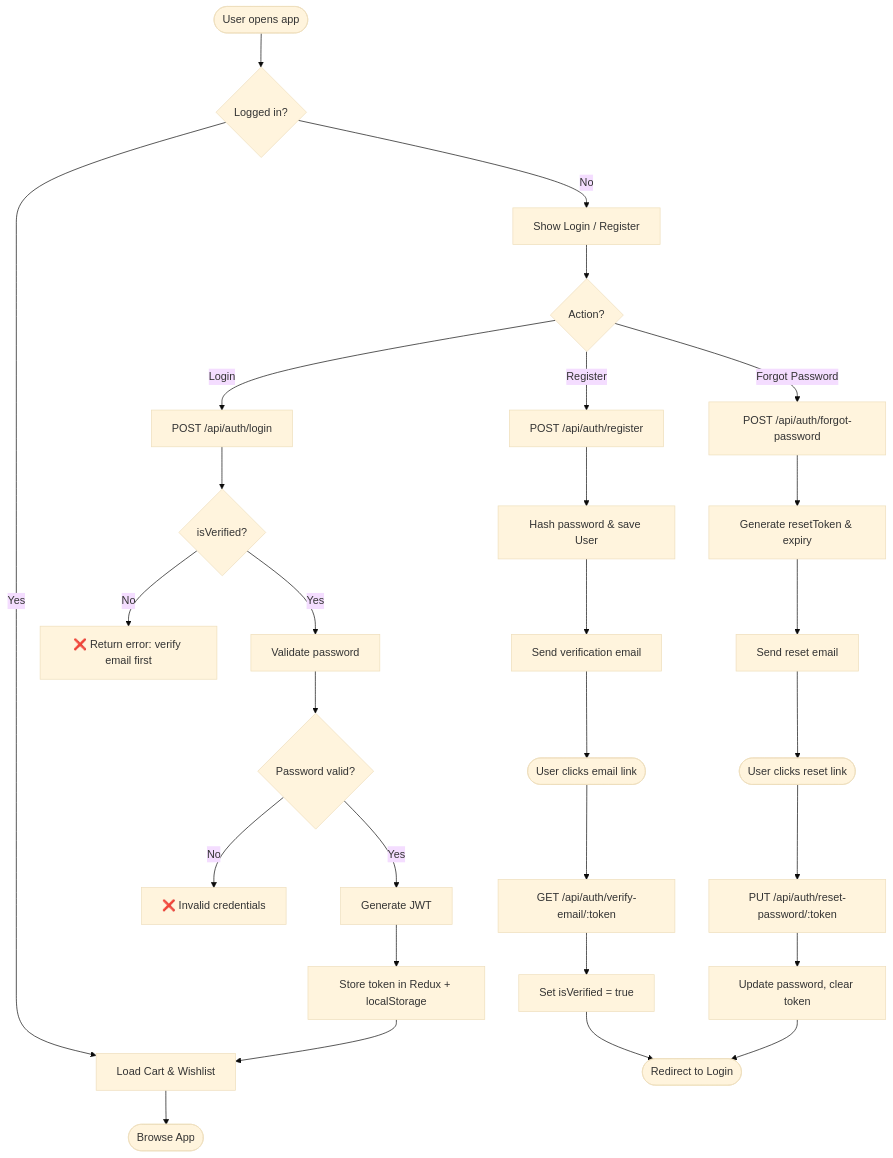
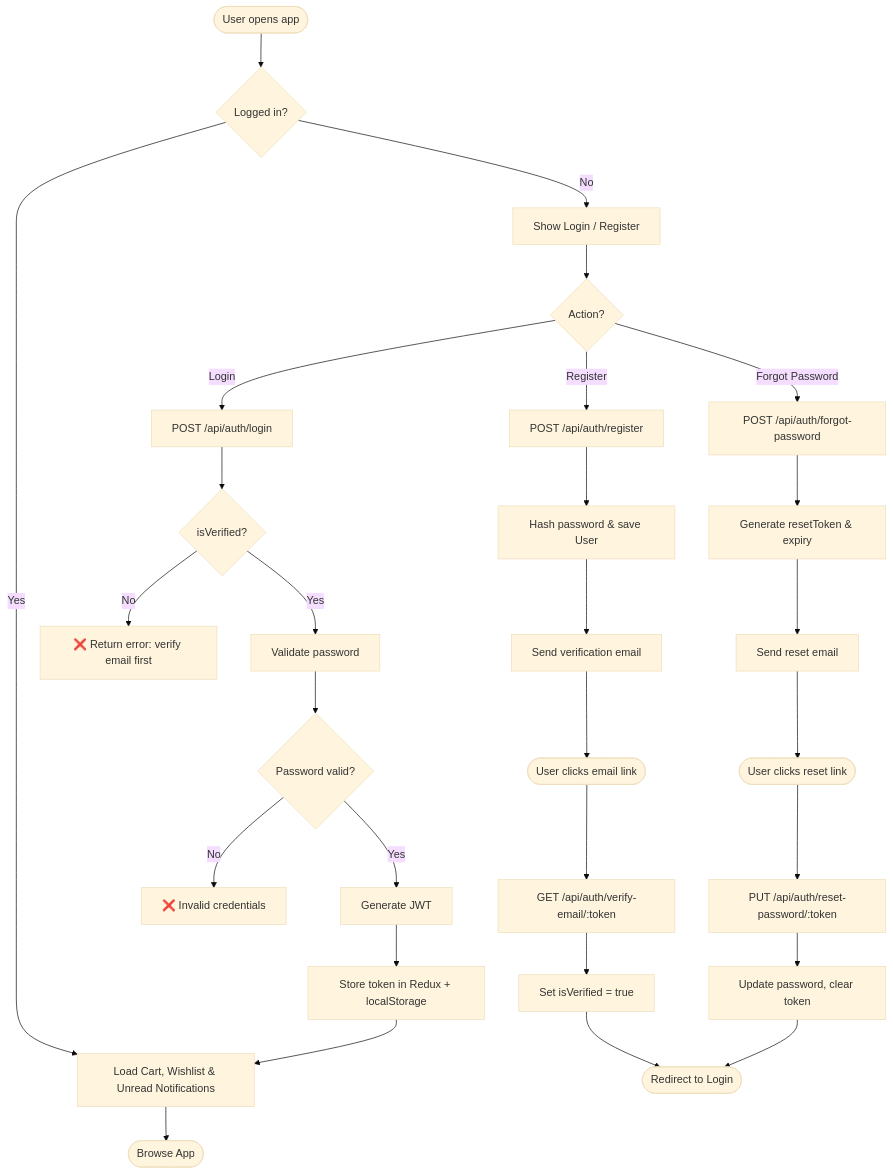
The fifth of 10 diagrams in architecture_diagrams.md (Narendrakaduru/QuickCart), drawn with Mermaid (base theme) before and after one commit. The commit also changed other lines of this file and 1 other file, not shown here.

````diff
--- a/architecture_diagrams.md
+++ b/architecture_diagrams.md
@@ -290,34 +312,34 @@
 ```mermaid
 flowchart TD
     A([User opens app]) --> B{Logged in?}
-    B -- Yes --> C[Load Cart & Wishlist]
+    B -- Yes --> C["Load Cart, Wishlist & Unread Notifications"]
     C --> D([Browse App])
     B -- No --> E[Show Login / Register]
 
     E --> F{Action?}
     F -- Register --> G["POST /api/auth/register"]
     G --> H["Hash password & save User"]
     H --> I["Send verification email"]
     I --> J([User clicks email link])
     J --> K["GET /api/auth/verify-email/:token"]
     K --> L["Set isVerified = true"]
     L --> M([Redirect to Login])
 
     F -- Login --> N["POST /api/auth/login"]
     N --> O{isVerified?}
     O -- No --> P["❌ Return error: verify email first"]
     O -- Yes --> Q["Validate password"]
     Q --> R{Password valid?}
     R -- No --> S["❌ Invalid credentials"]
     R -- Yes --> T["Generate JWT"]
     T --> U["Store token in Redux + localStorage"]
     U --> C
 
     F -- Forgot Password --> V["POST /api/auth/forgot-password"]
     V --> W["Generate resetToken & expiry"]
     W --> X["Send reset email"]
     X --> Y([User clicks reset link])
     Y --> Z["PUT /api/auth/reset-password/:token"]
     Z --> AA["Update password, clear token"]
     AA --> M
 ```
````
